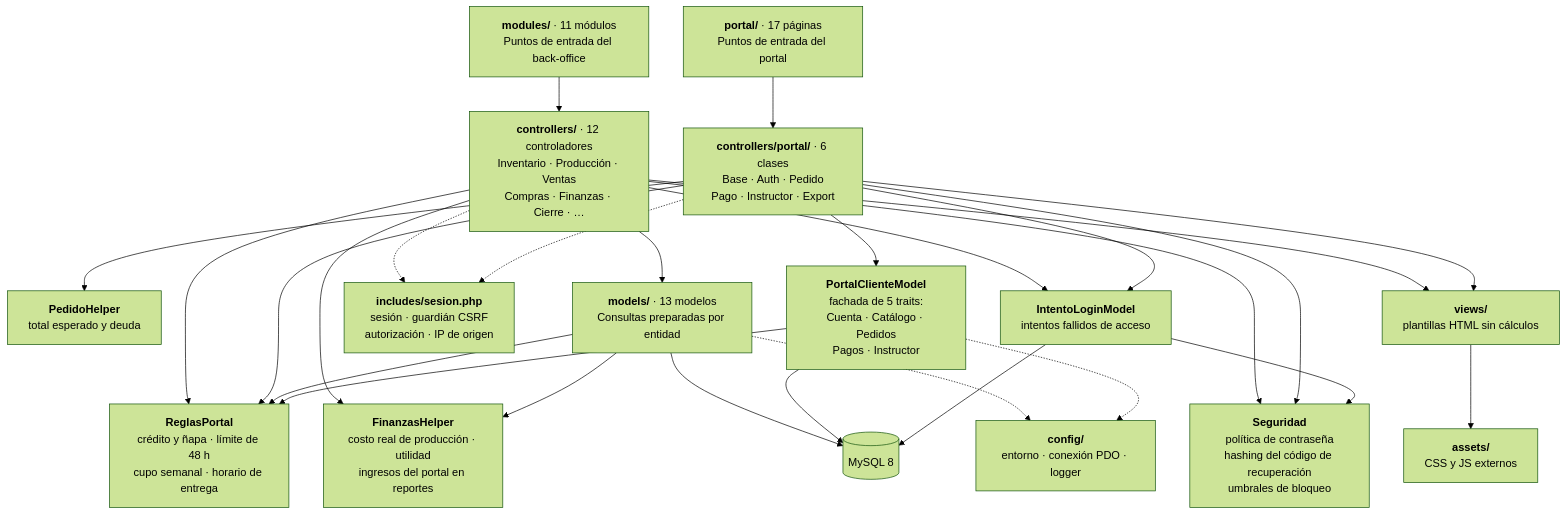
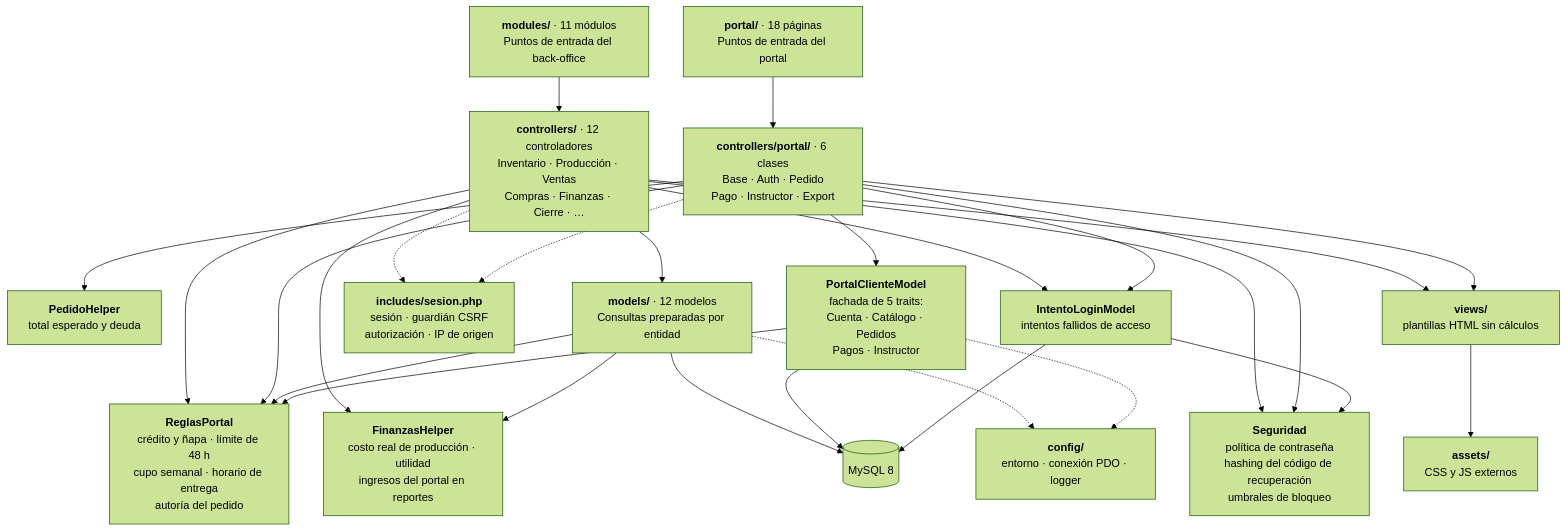
The first of 2 diagrams in README.md (Manuel151025/breadcontrol), drawn with Mermaid (forest theme) before and after one commit. The commit also changed other lines of this file and 8 other files, not shown here.

First line of the commit message:
docs: diagramas del esquema y del flujo de pedidos, y README al dia

````diff
--- a/README.md
+++ b/README.md
@@ -111,52 +115,52 @@
 ```mermaid
 flowchart TD
     BO["<b>modules/</b> · 11 módulos<br/>Puntos de entrada del back-office"]
-    PT["<b>portal/</b> · 17 páginas<br/>Puntos de entrada del portal"]
+    PT["<b>portal/</b> · 18 páginas<br/>Puntos de entrada del portal"]
 
     CBO["<b>controllers/</b> · 12 controladores<br/>Inventario · Producción · Ventas<br/>Compras · Finanzas · Cierre · …"]
     CPT["<b>controllers/portal/</b> · 6 clases<br/>Base · Auth · Pedido<br/>Pago · Instructor · Export"]
 
-    RP["<b>ReglasPortal</b><br/>crédito y ñapa · límite de 48 h<br/>cupo semanal · horario de entrega"]
+    RP["<b>ReglasPortal</b><br/>crédito y ñapa · límite de 48 h<br/>cupo semanal · horario de entrega<br/>autoría del pedido"]
     PH["<b>PedidoHelper</b><br/>total esperado y deuda"]
     FH["<b>FinanzasHelper</b><br/>costo real de producción · utilidad<br/>ingresos del portal en reportes"]
     SG["<b>Seguridad</b><br/>política de contraseña<br/>hashing del código de recuperación<br/>umbrales de bloqueo"]
 
-    MBO["<b>models/</b> · 13 modelos<br/>Consultas preparadas por entidad"]
+    MBO["<b>models/</b> · 12 modelos<br/>Consultas preparadas por entidad"]
     MPT["<b>PortalClienteModel</b><br/>fachada de 5 traits:<br/>Cuenta · Catálogo · Pedidos<br/>Pagos · Instructor"]
     MIL["<b>IntentoLoginModel</b><br/>intentos fallidos de acceso"]
 
     SES["<b>includes/sesion.php</b><br/>sesión · guardián CSRF<br/>autorización · IP de origen"]
     CFG["<b>config/</b><br/>entorno · conexión PDO · logger"]
 
     VW["<b>views/</b><br/>plantillas HTML sin cálculos"]
     AS["<b>assets/</b><br/>CSS y JS externos"]
 
     BD[("MySQL 8")]
 
     BO --> CBO
     PT --> CPT
     CBO --> MBO
     CPT --> MPT
     CBO --> RP
     CBO --> FH
     CBO --> SG
     CPT --> RP
     CPT --> PH
     CPT --> SG
     CBO --> MIL
     CPT --> MIL
     MIL --> SG
     MBO --> RP
     MBO --> FH
     MPT --> RP
     MBO --> BD
     MPT --> BD
     MIL --> BD
     CBO --> VW
     CPT --> VW
     VW --> AS
     CBO -.-> SES
     CPT -.-> SES
     MBO -.-> CFG
     MPT -.-> CFG
 ```
````
